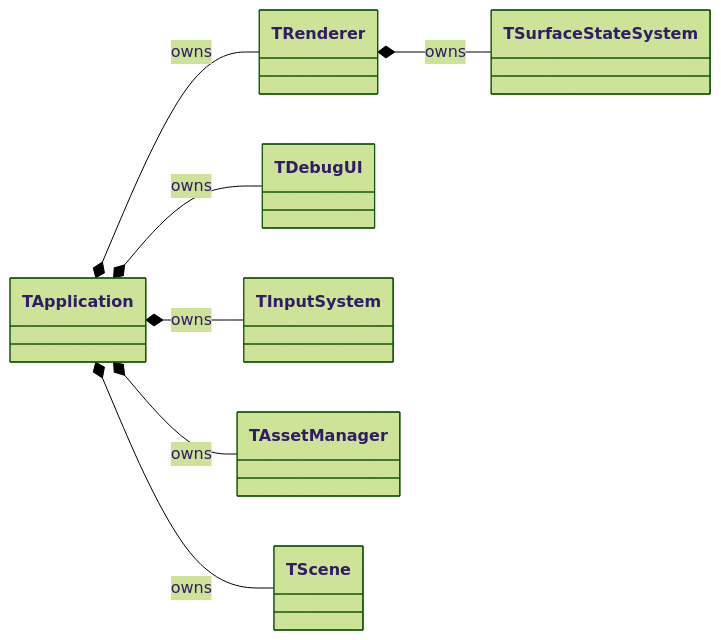
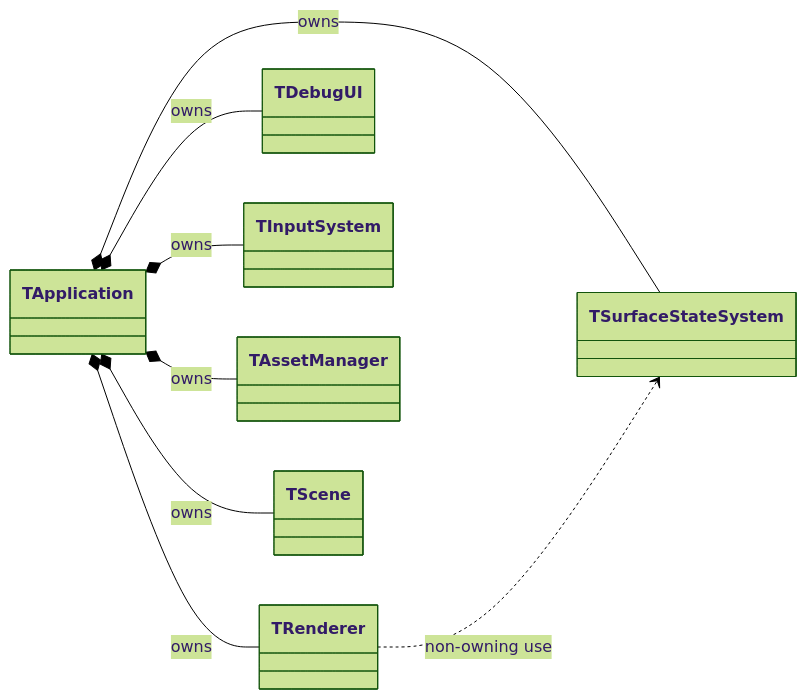
Before and after one commit to Yonaim/Material-Dependent-Surface-State-Engine: the first of 7 diagrams in Docs/MDSSP-Vault/04_Architecture/0001_Engine-Structure.md, drawn with Mermaid (forest theme). The commit also changed other lines of this file and 12 other files, not shown here.

````diff
--- a/Docs/MDSSP-Vault/04_Architecture/0001_Engine-Structure.md
+++ b/Docs/MDSSP-Vault/04_Architecture/0001_Engine-Structure.md
@@ -27,10 +27,11 @@
 ```mermaid
 classDiagram
 direction LR
 TApplication *-- TRenderer : owns
 TApplication *-- TDebugUI : owns
 TApplication *-- TInputSystem : owns
 TApplication *-- TAssetManager : owns
 TApplication *-- TScene : owns
-TRenderer *-- TSurfaceStateSystem : owns
+TApplication *-- TSurfaceStateSystem : owns
+TRenderer ..> TSurfaceStateSystem : non-owning use
 ```
````
